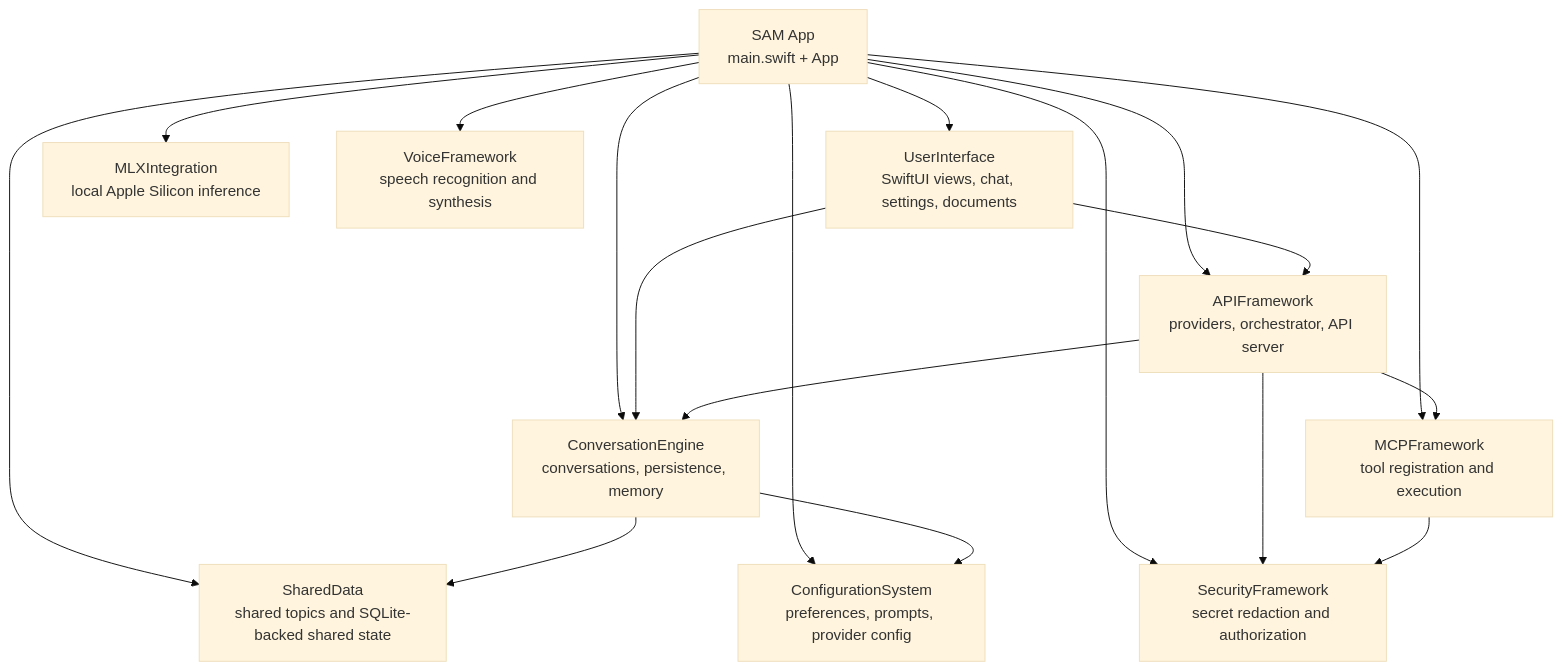
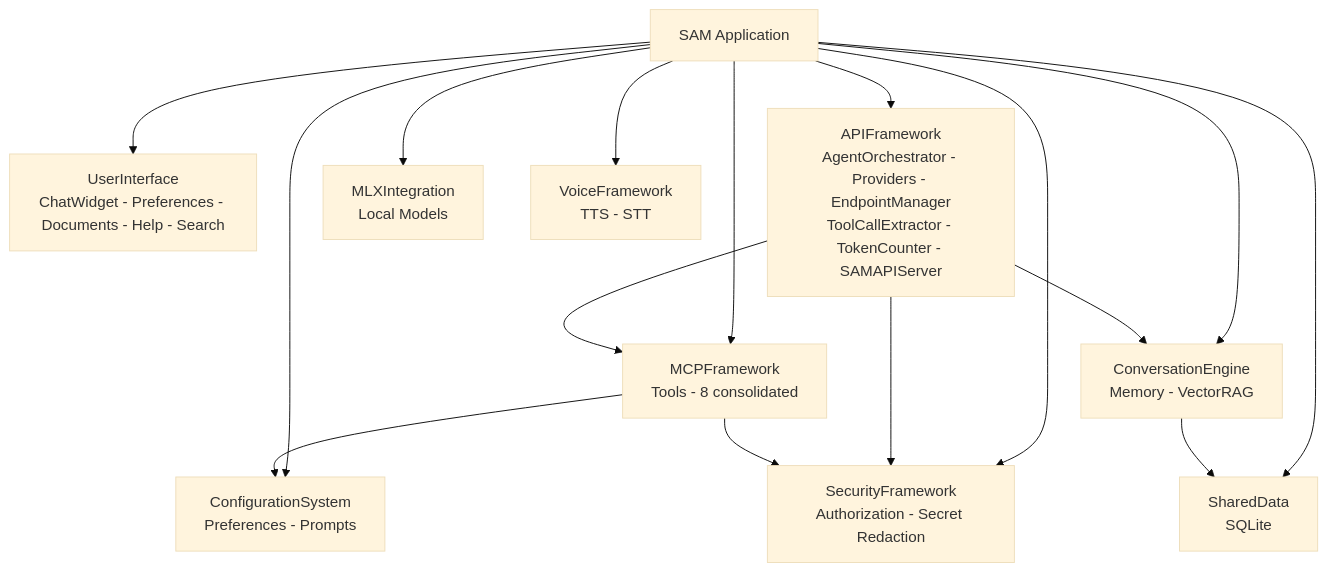
One commit to SyntheticAutonomicMind/SAM changed the first of 3 diagrams in docs/ARCHITECTURE.md. Above: the diagram before and after it, drawn with Mermaid (base theme). The commit also changed other lines of this file and 6 other files, not shown here.

````diff
--- a/docs/ARCHITECTURE.md
+++ b/docs/ARCHITECTURE.md
@@ -23,32 +17,30 @@
 ```mermaid
 graph TB
-    SAMApp["SAM App\nmain.swift + App"]
-    UI["UserInterface\nSwiftUI views, chat, settings, documents"]
-    API["APIFramework\nproviders, orchestrator, API server"]
-    MCP["MCPFramework\ntool registration and execution"]
-    CONV["ConversationEngine\nconversations, persistence, memory"]
-    CONFIG["ConfigurationSystem\npreferences, prompts, provider config"]
-    MLX["MLXIntegration\nlocal Apple Silicon inference"]
-    SHARED["SharedData\nshared topics and SQLite-backed shared state"]
-    SECURITY["SecurityFramework\nsecret redaction and authorization"]
-    VOICE["VoiceFramework\nspeech recognition and synthesis"]
-
-    SAMApp --> UI
-    SAMApp --> API
-    SAMApp --> MCP
-    SAMApp --> CONV
-    SAMApp --> CONFIG
-    SAMApp --> MLX
-    SAMApp --> SHARED
-    SAMApp --> SECURITY
-    SAMApp --> VOICE
-
-    UI --> CONV
-    UI --> API
+    UI["UserInterface<br/>ChatWidget - Preferences - Documents - Help - Search"]
+    API["APIFramework<br/>AgentOrchestrator - Providers - EndpointManager<br/>ToolCallExtractor - TokenCounter - SAMAPIServer"]
+    MCP["MCPFramework<br/>Tools - 8 consolidated"]
+    CONV["ConversationEngine<br/>Memory - VectorRAG"]
+    CONFIG["ConfigurationSystem<br/>Preferences - Prompts"]
+    MLX["MLXIntegration<br/>Local Models"]
+    VOICE["VoiceFramework<br/>TTS - STT"]
+    SHARED["SharedData<br/>SQLite"]
+    SECURITY["SecurityFramework<br/>Authorization - Secret Redaction"]
+    MAIN["SAM Application"]
+    
+    MAIN --> UI
+    MAIN --> API
+    MAIN --> MCP
+    MAIN --> CONV
+    MAIN --> CONFIG
+    MAIN --> MLX
+    MAIN --> VOICE
+    MAIN --> SHARED
+    MAIN --> SECURITY
+    
     API --> MCP
     API --> CONV
     API --> SECURITY
     MCP --> SECURITY
     CONV --> SHARED
-    CONV --> CONFIG
+    MCP --> CONFIG
 ```
````
